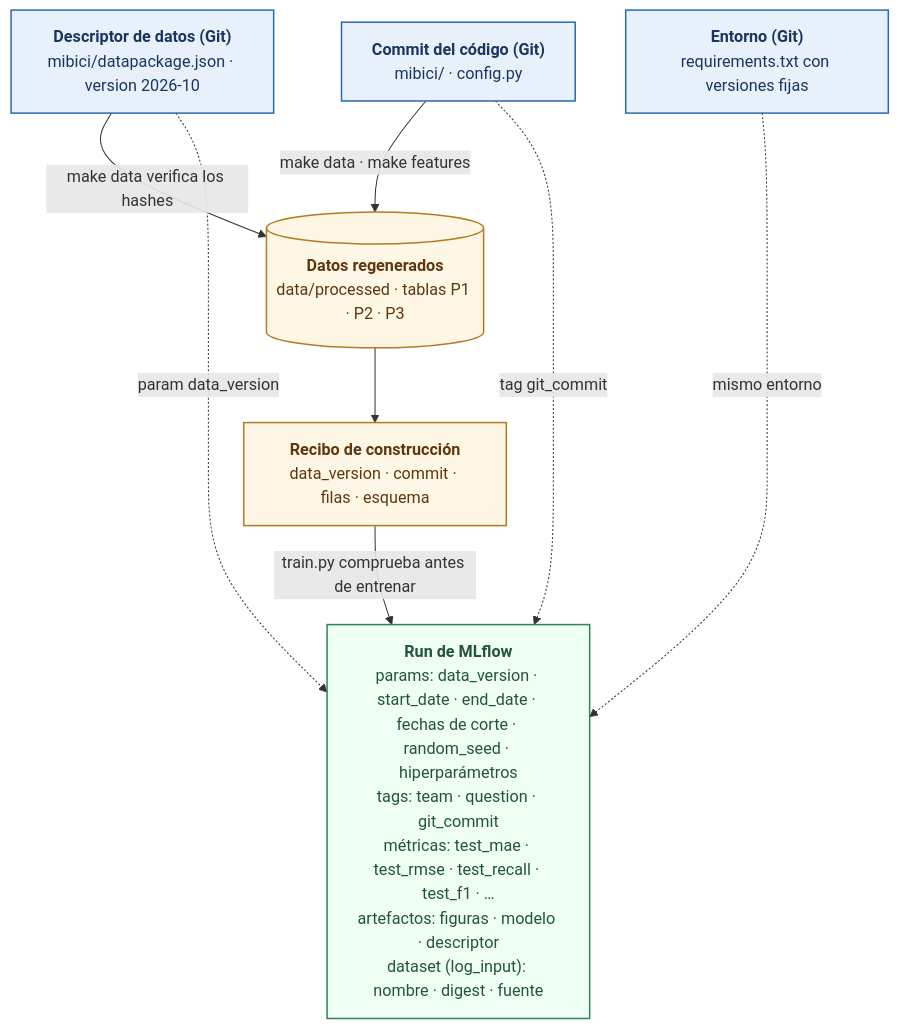
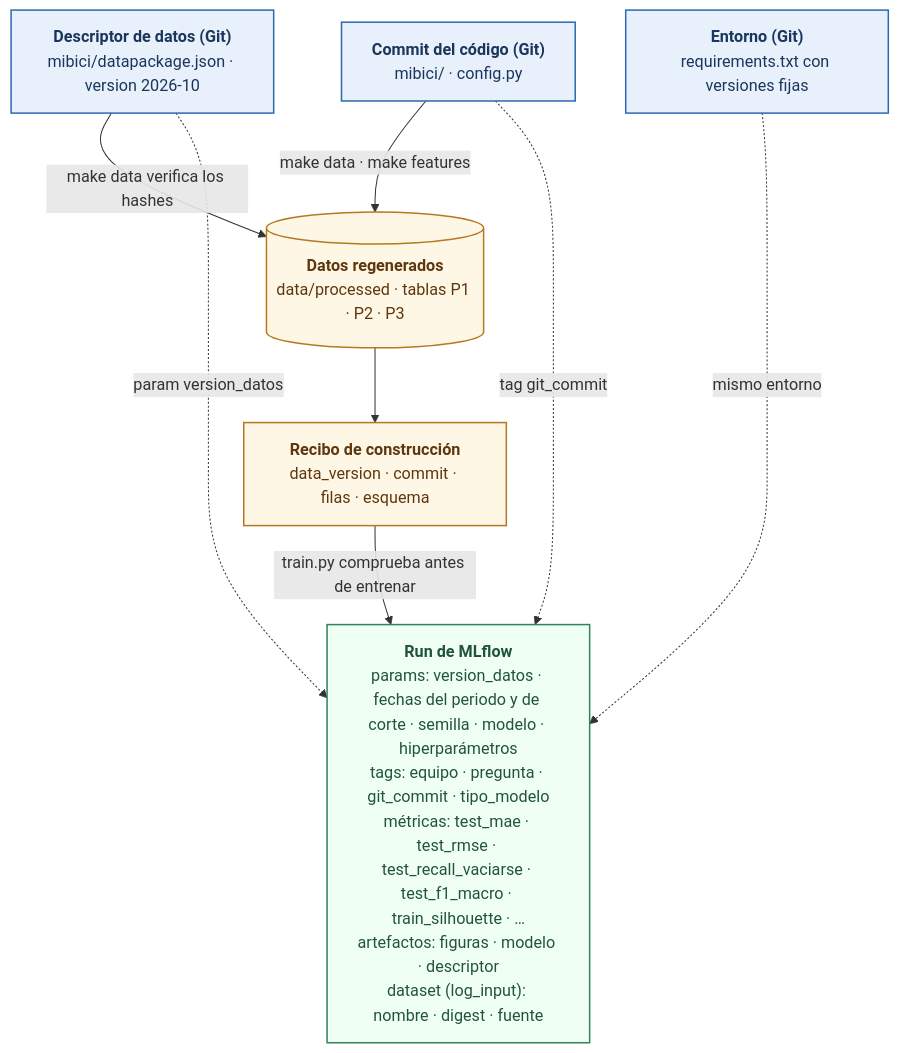
The diagram in references/trazabilidad.mmd (WillSagzz/TC5061-Proyecto-Equipo10), drawn with Mermaid before and after one commit. The commit also changed 25 other files, not shown here.

```diff
--- a/references/trazabilidad.mmd
+++ b/references/trazabilidad.mmd
@@ -1,29 +1,29 @@
 %% Cadena de trazabilidad de un run · Proyecto MiBici · TC5061 Equipo 10
 %% Fuente de la Figura 3 de la Entrega 01. Se exporta a trazabilidad.png con mermaid-cli.
 %% Colores: azul = en Git · naranja = regenerado en cada máquina · verde = registro en MLflow.
 flowchart TB
 
   MAN["<b>Descriptor de datos (Git)</b><br/>mibici/datapackage.json · version 2026-10"]
   COMMIT["<b>Commit del código (Git)</b><br/>mibici/ · config.py"]
   REQ["<b>Entorno (Git)</b><br/>requirements.txt con versiones fijas"]
 
   DATA[("<b>Datos regenerados</b><br/>data/processed · tablas P1 · P2 · P3")]
   RECEIPT["<b>Recibo de construcción</b><br/>data_version · commit · filas · esquema"]
 
-  RUN["<b>Run de MLflow</b><br/>params: data_version · start_date · end_date · fechas de corte · random_seed · hiperparámetros<br/>tags: team · question · git_commit<br/>métricas: test_mae · test_rmse · test_recall · test_f1 · …<br/>artefactos: figuras · modelo · descriptor<br/>dataset (log_input): nombre · digest · fuente"]
+  RUN["<b>Run de MLflow</b><br/>params: version_datos · fechas del periodo y de corte · semilla · modelo · hiperparámetros<br/>tags: equipo · pregunta · git_commit · tipo_modelo<br/>métricas: test_mae · test_rmse · test_recall_vaciarse · test_f1_macro · train_silhouette · …<br/>artefactos: figuras · modelo · descriptor<br/>dataset (log_input): nombre · digest · fuente"]
 
   MAN -- "make data verifica los hashes" --> DATA
   COMMIT -- "make data · make features" --> DATA
   REQ ~~~ DATA
   DATA --> RECEIPT
   RECEIPT -- "train.py comprueba antes de entrenar" --> RUN
-  MAN -. "param data_version" .-> RUN
+  MAN -. "param version_datos" .-> RUN
   COMMIT -. "tag git_commit" .-> RUN
   REQ -. "mismo entorno" .-> RUN
 
   classDef git fill:#e8f1fb,stroke:#2b6cb0,stroke-width:1.5px,color:#1a365d
   classDef local fill:#fff7e6,stroke:#b7791f,stroke-width:1.5px,color:#5f370e
   classDef run fill:#f0fff4,stroke:#2f855a,stroke-width:1.5px,color:#22543d
   class MAN,COMMIT,REQ git
   class DATA,RECEIPT local
   class RUN run
```
